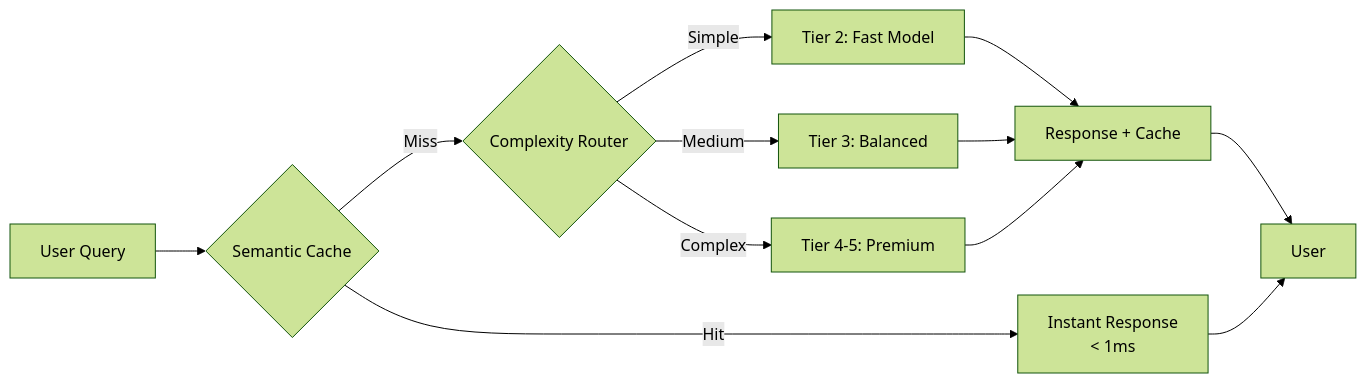
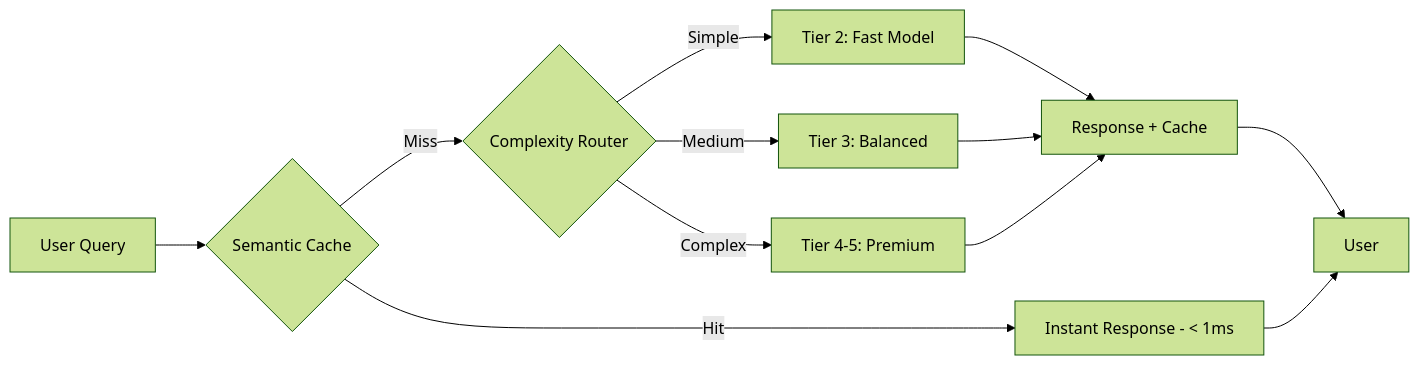
Before and after one commit to rishi02102017/swift-llm: the first of 10 diagrams in README.md, drawn with Mermaid (forest theme). The commit also changed other lines of this file, not shown here.

Commit message:
Fix Mermaid diagram syntax for GitHub rendering

````diff
--- a/README.md
+++ b/README.md
@@ -58,14 +58,14 @@
 ```mermaid
 graph LR
     A[User Query] --> B{Semantic Cache}
-    B -->|Hit| C[Instant Response<br/>< 1ms]
+    B -->|Hit| C[Instant Response - < 1ms]
     B -->|Miss| D{Complexity Router}
     D -->|Simple| E[Tier 2: Fast Model]
     D -->|Medium| F[Tier 3: Balanced]
     D -->|Complex| G[Tier 4-5: Premium]
     E --> H[Response + Cache]
     F --> H
     G --> H
     H --> I[User]
     C --> I
 ```
````
